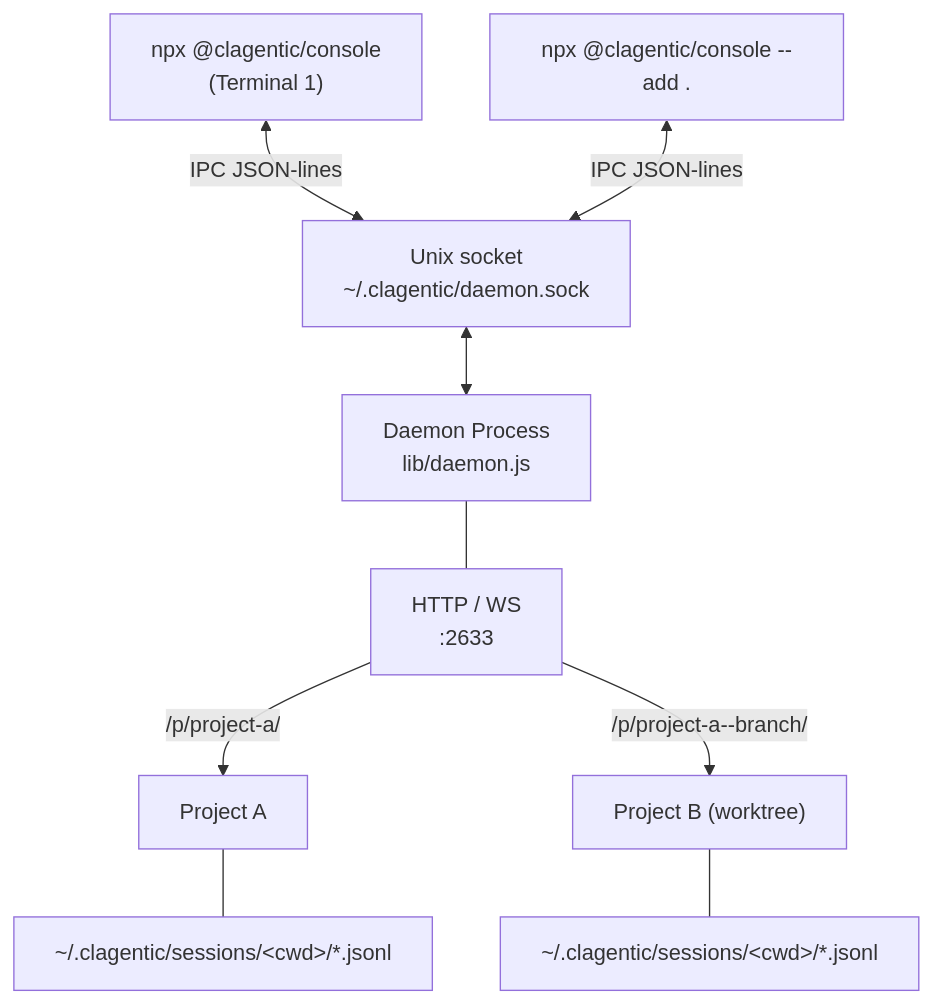
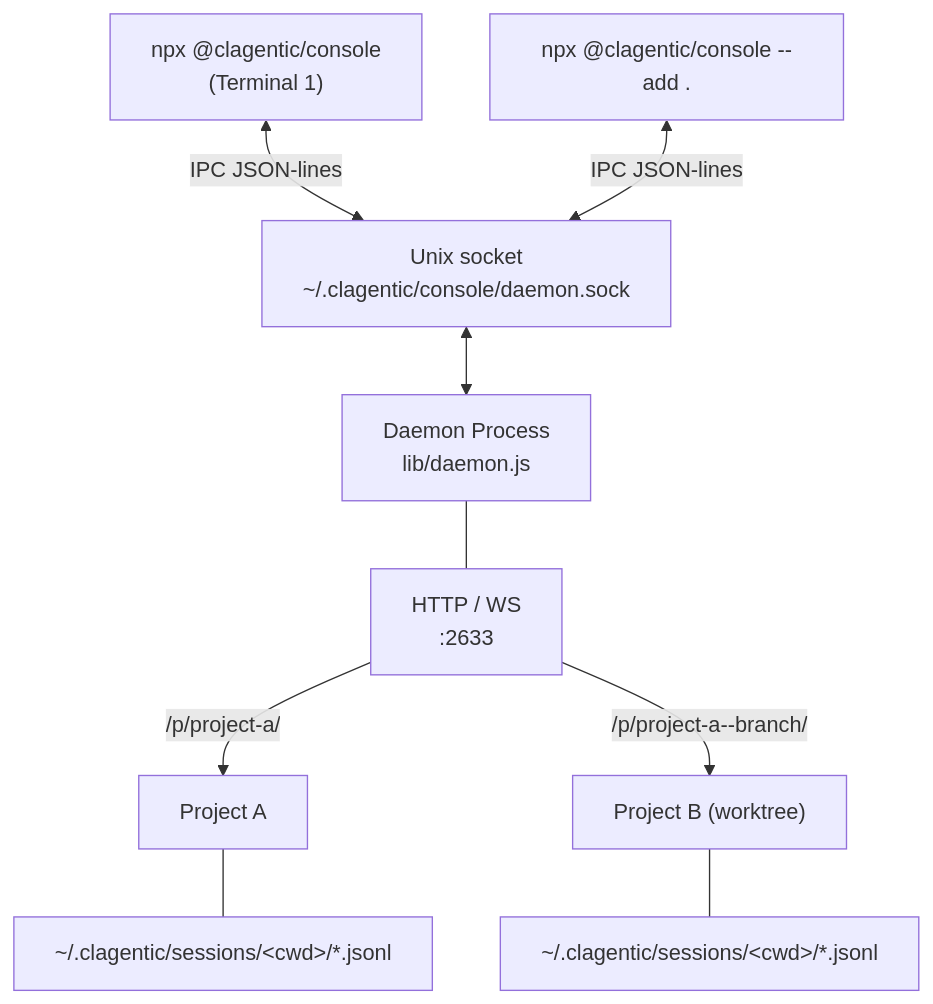
One commit to clagentic/clagentic-console changed the second of 5 diagrams in docs/guides/architecture.md. Above: the diagram before and after it, drawn with Mermaid. The commit also changed 1 other file, not shown here.

Commit message:
docs: update daemon.sock path references and add CHANGELOG entry (lr-88fe)
- architecture.md mermaid diagram: ~/.clagentic/daemon.sock → ~/.clagentic/console/daemon.sock
- CHANGELOG: add Unreleased breaking-change notice for the path move

````diff
--- a/docs/guides/architecture.md
+++ b/docs/guides/architecture.md
@@ -48,21 +48,21 @@
 ```mermaid
 graph TB
     CLI1["npx @clagentic/console<br/>(Terminal 1)"]
     CLI2["npx @clagentic/console --add ."]
-    IPC["Unix socket<br/>~/.clagentic/daemon.sock"]
+    IPC["Unix socket<br/>~/.clagentic/console/daemon.sock"]
     Daemon["Daemon Process<br/>lib/daemon.js"]
     HTTP["HTTP / WS<br/>:2633"]
     P1["Project A"]
     P2["Project B (worktree)"]
     Sessions1["~/.clagentic/sessions/&lt;cwd&gt;/*.jsonl"]
     Sessions2["~/.clagentic/sessions/&lt;cwd&gt;/*.jsonl"]
 
     CLI1 <-->|IPC JSON-lines| IPC
     CLI2 <-->|IPC JSON-lines| IPC
     IPC <--> Daemon
     Daemon --- HTTP
     HTTP -->|/p/project-a/| P1
     HTTP -->|/p/project-a--branch/| P2
     P1 --- Sessions1
     P2 --- Sessions2
 ```
````
